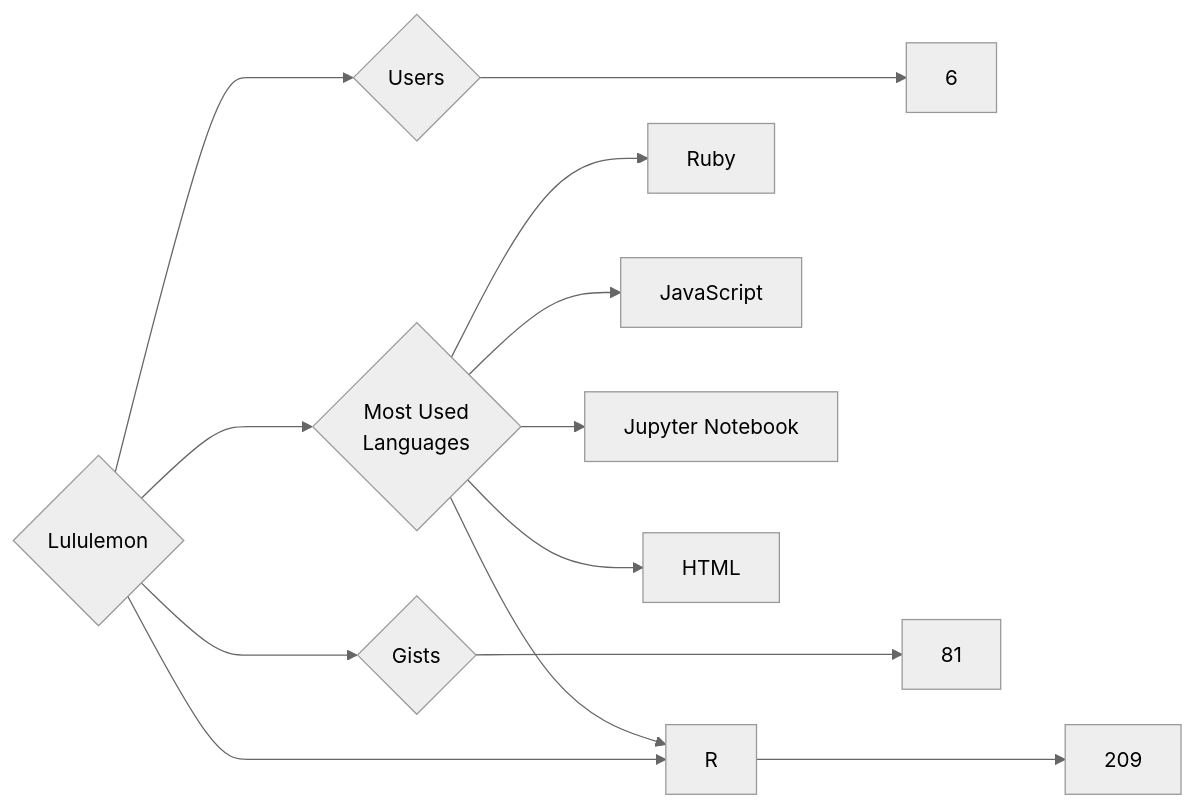
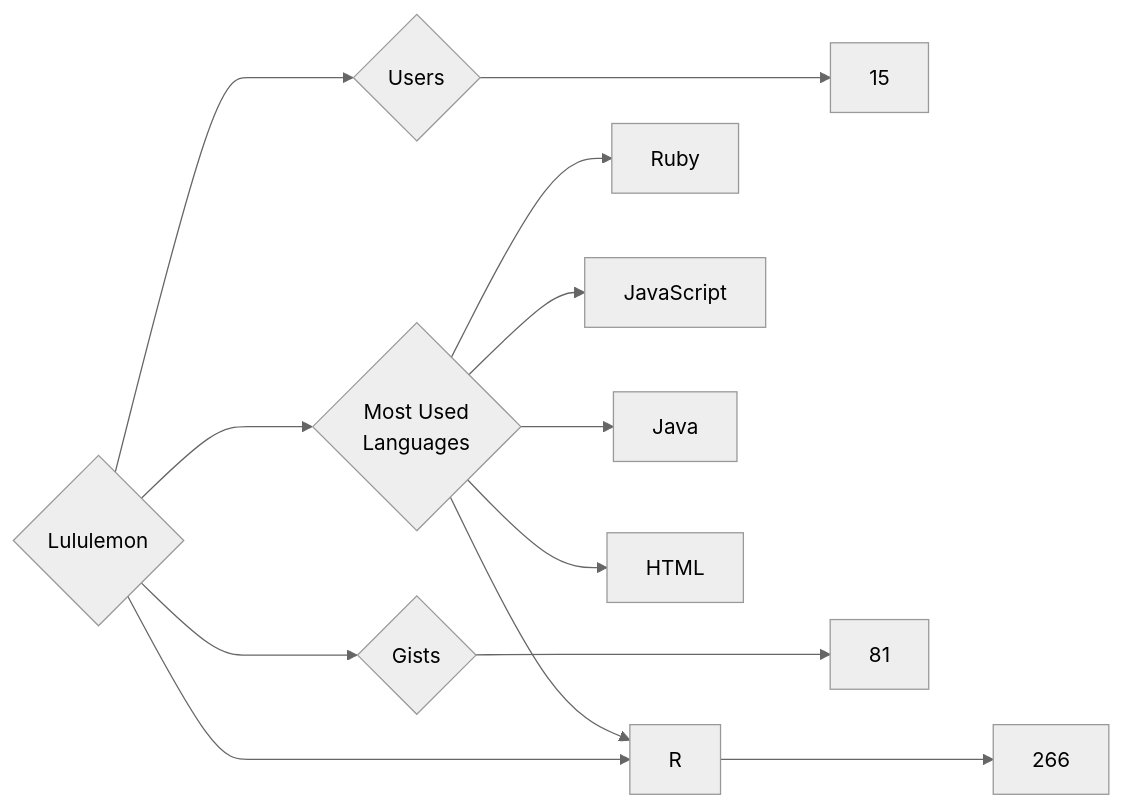
Before and after one commit to trickest/insiders: the diagram in targets/Lululemon/README.md, drawn with Mermaid (neutral theme). The commit also changed 838 other files, not shown here.

````diff
--- a/targets/Lululemon/README.md
+++ b/targets/Lululemon/README.md
@@ -3,13 +3,13 @@
 ```mermaid
 graph LR
 COMPANY_NAME{Lululemon}
-COMPANY_NAME ---> U{Users} ---> UN[6]
-COMPANY_NAME ---> R{Repositories} ---> RN[209]
+COMPANY_NAME ---> U{Users} ---> UN[15]
+COMPANY_NAME ---> R{Repositories} ---> RN[266]
 COMPANY_NAME ---> G{Gists} ---> GN[81]
 COMPANY_NAME ---> ML{Most Used<br>Languages}
 ML --> Ruby[Ruby]
 ML --> JavaScript[JavaScript]
-ML --> Jupyter_Notebook[Jupyter Notebook]
+ML --> Java[Java]
 ML --> HTML[HTML]
 ML --> R[R]
 ```
````
